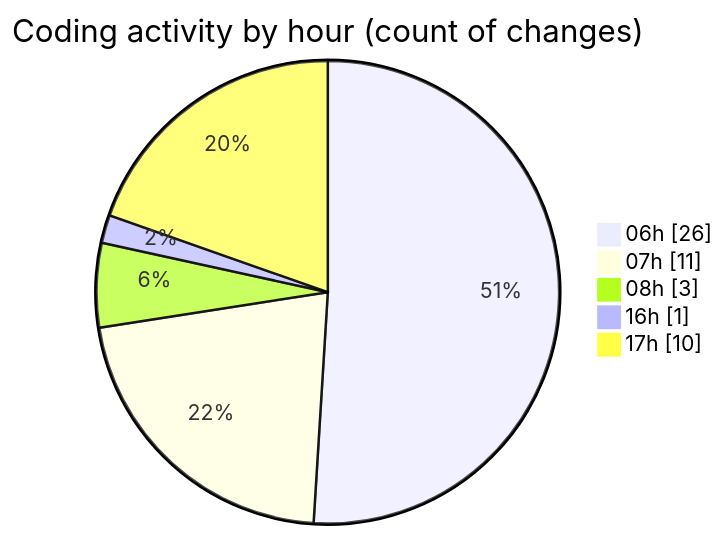
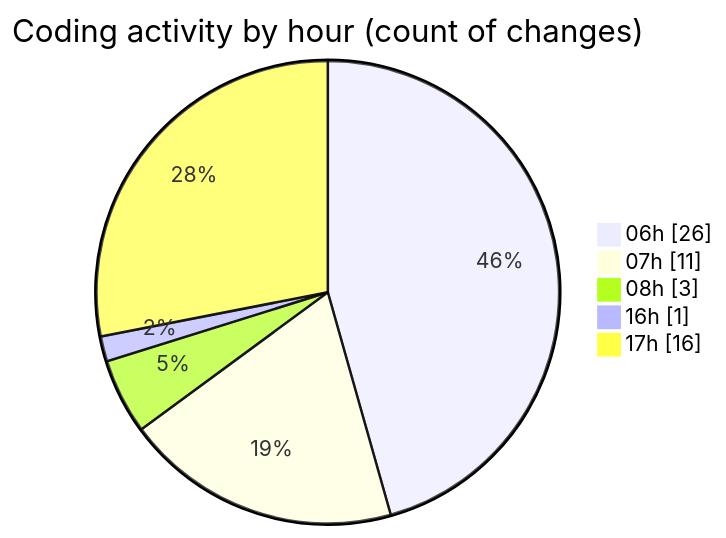
The second of 2 diagrams in 2025-01-30/mbc-web/README.md (robertbonfada/code-tracking), drawn with Mermaid before and after one commit. The commit also changed other lines of this file and 1 other file, not shown here.

````diff
--- a/2025-01-30/mbc-web/README.md
+++ b/2025-01-30/mbc-web/README.md
@@ -39,9 +39,9 @@
 ```mermaid
 pie showData
 title Coding activity by hour (count of changes)
 "06h" : 26
 "07h" : 11
 "08h" : 3
 "16h" : 1
-"17h" : 10
+"17h" : 16
 ```
````
